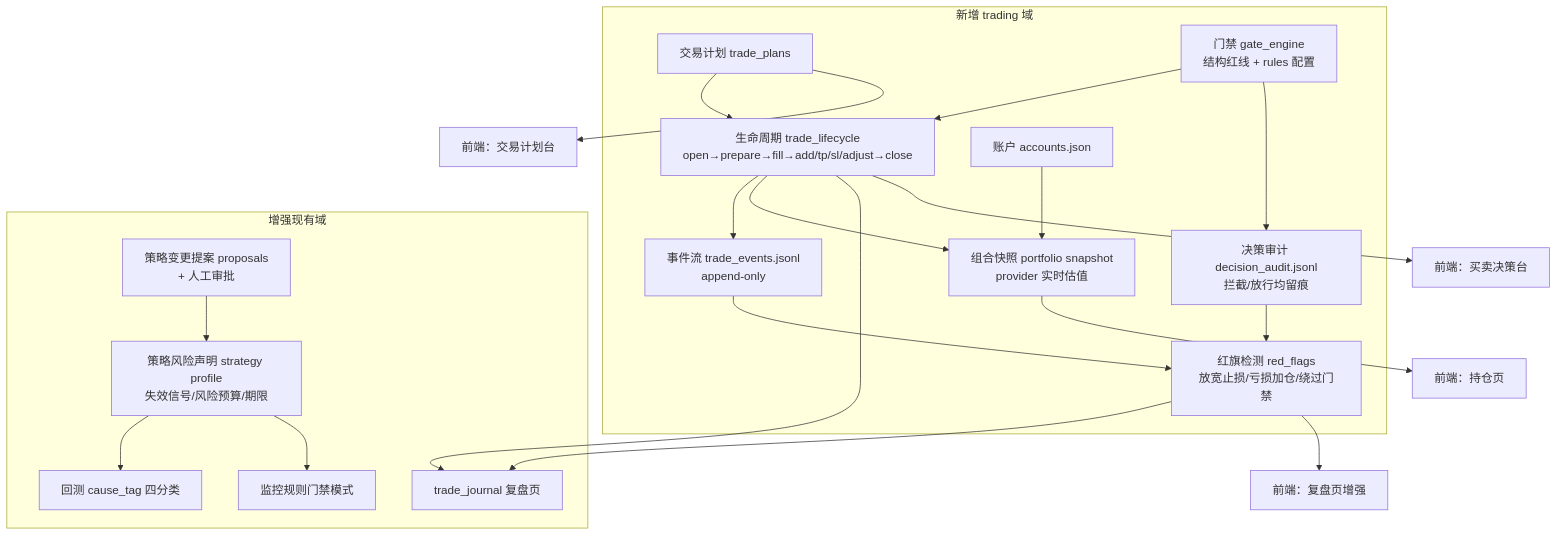
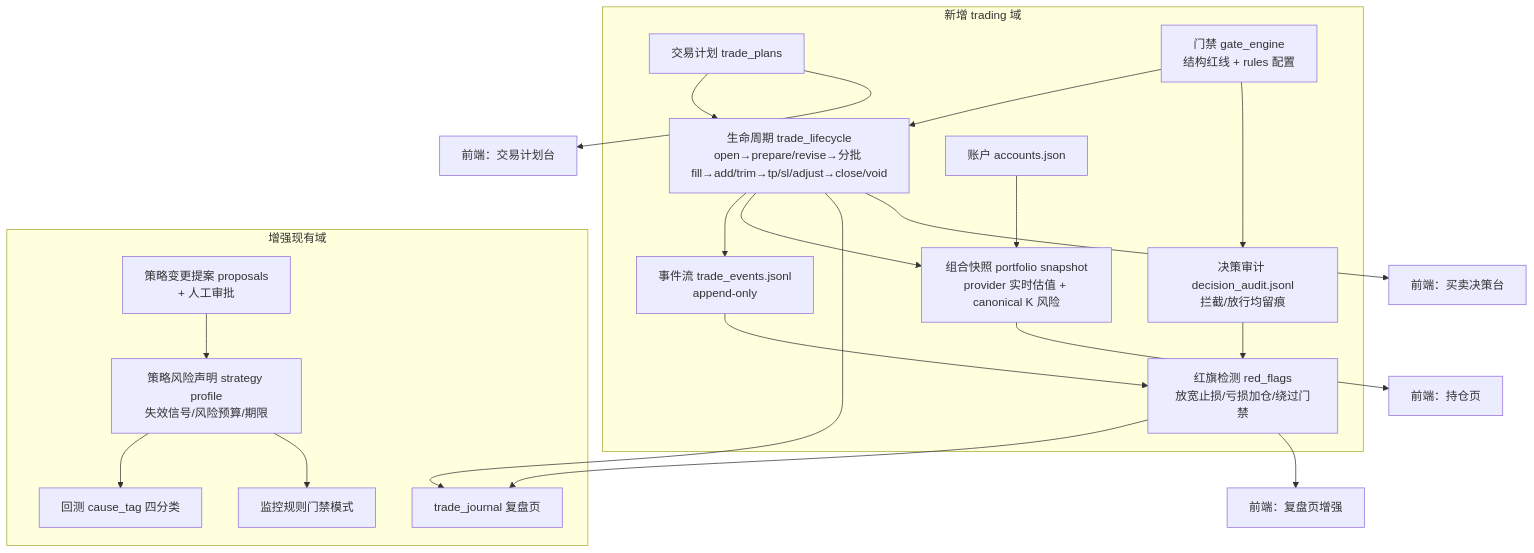
Before and after one commit to shy3130/tick-stock-panel: the diagram in backend/docs/YMOS_PORTING_PLAN.md, drawn with Mermaid. The commit also changed other lines of this file and 47 other files, not shown here.

````diff
--- a/backend/docs/YMOS_PORTING_PLAN.md
+++ b/backend/docs/YMOS_PORTING_PLAN.md
@@ -53,24 +53,24 @@
 ```mermaid
 graph TD
   subgraph 新增 trading 域
-    TP[交易计划 trade_plans] --> TL[生命周期 trade_lifecycle<br/>open→prepare→fill→add/tp/sl/adjust→close]
+    TP[交易计划 trade_plans] --> TL[生命周期 trade_lifecycle<br/>open→prepare/revise→分批 fill→add/trim→tp/sl/adjust→close/void]
     TL --> EV[事件流 trade_events.jsonl<br/>append-only]
     GATE[门禁 gate_engine<br/>结构红线 + rules 配置] --> TL
     GATE --> AUD[决策审计 decision_audit.jsonl<br/>拦截/放行均留痕]
-    ACC[账户 accounts.json] --> SNAP[组合快照 portfolio snapshot<br/>provider 实时估值]
+    ACC[账户 accounts.json] --> SNAP[组合快照 portfolio snapshot<br/>provider 实时估值 + canonical K 风险]
     TL --> SNAP
     EV --> RF[红旗检测 red_flags<br/>放宽止损/亏损加仓/绕过门禁]
     AUD --> RF
   end
   subgraph 增强现有域
     RF --> TJ[trade_journal 复盘页]
     TL --> TJ
     SP[策略风险声明 strategy profile<br/>失效信号/风险预算/期限] --> BT[回测 cause_tag 四分类]
     SP --> MON[监控规则门禁模式]
     PROP[策略变更提案 proposals<br/>+ 人工审批] --> SP
   end
   SNAP --> UI1[前端：持仓页]
   TP --> UI2[前端：交易计划台]
   TL --> UI3[前端：买卖决策台]
   RF --> UI4[前端：复盘页增强]
 ```
````
